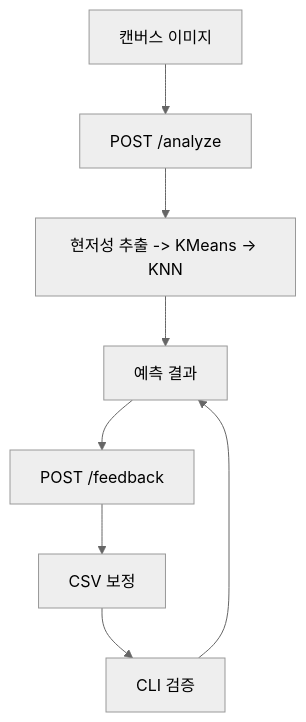
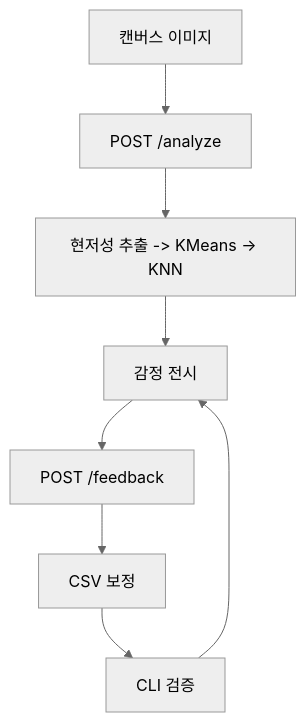
One commit to acertainromance401/SentiVision changed the second of 2 diagrams in Project_Descriptions/User_Journey_Scenario_SentiVision.md. Above: the diagram before and after it, drawn with Mermaid (neutral theme). The commit also changed other lines of this file and 8 other files, not shown here.

````diff
--- a/Project_Descriptions/User_Journey_Scenario_SentiVision.md
+++ b/Project_Descriptions/User_Journey_Scenario_SentiVision.md
@@ -105,10 +115,10 @@
 ```mermaid
 flowchart TB
   U[캔버스 이미지] --> A[POST /analyze]
   A --> P[현저성 추출 -> KMeans -> KNN]
-  P --> R[예측 결과]
+  P --> R[감정 전시]
   R --> F[POST /feedback]
   F --> D[CSV 보정]
   D --> C[CLI 검증]
   C --> R
 ```
````
